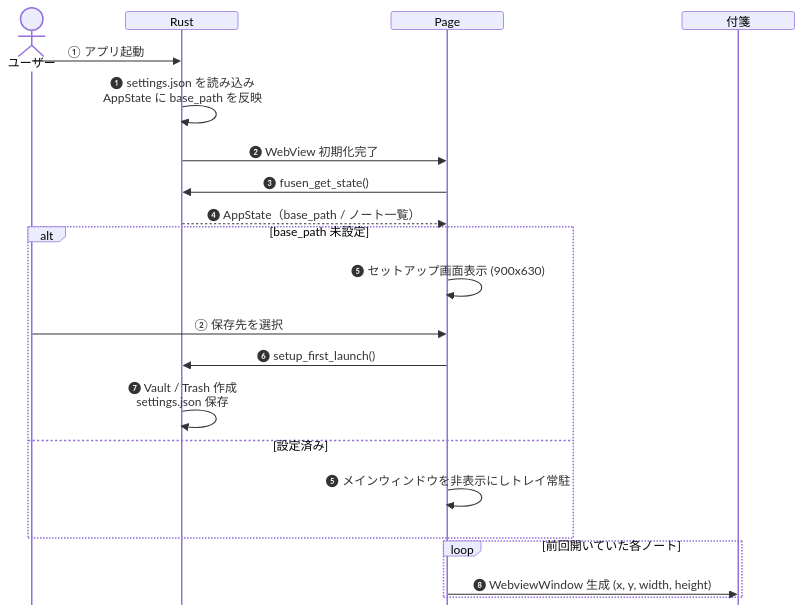
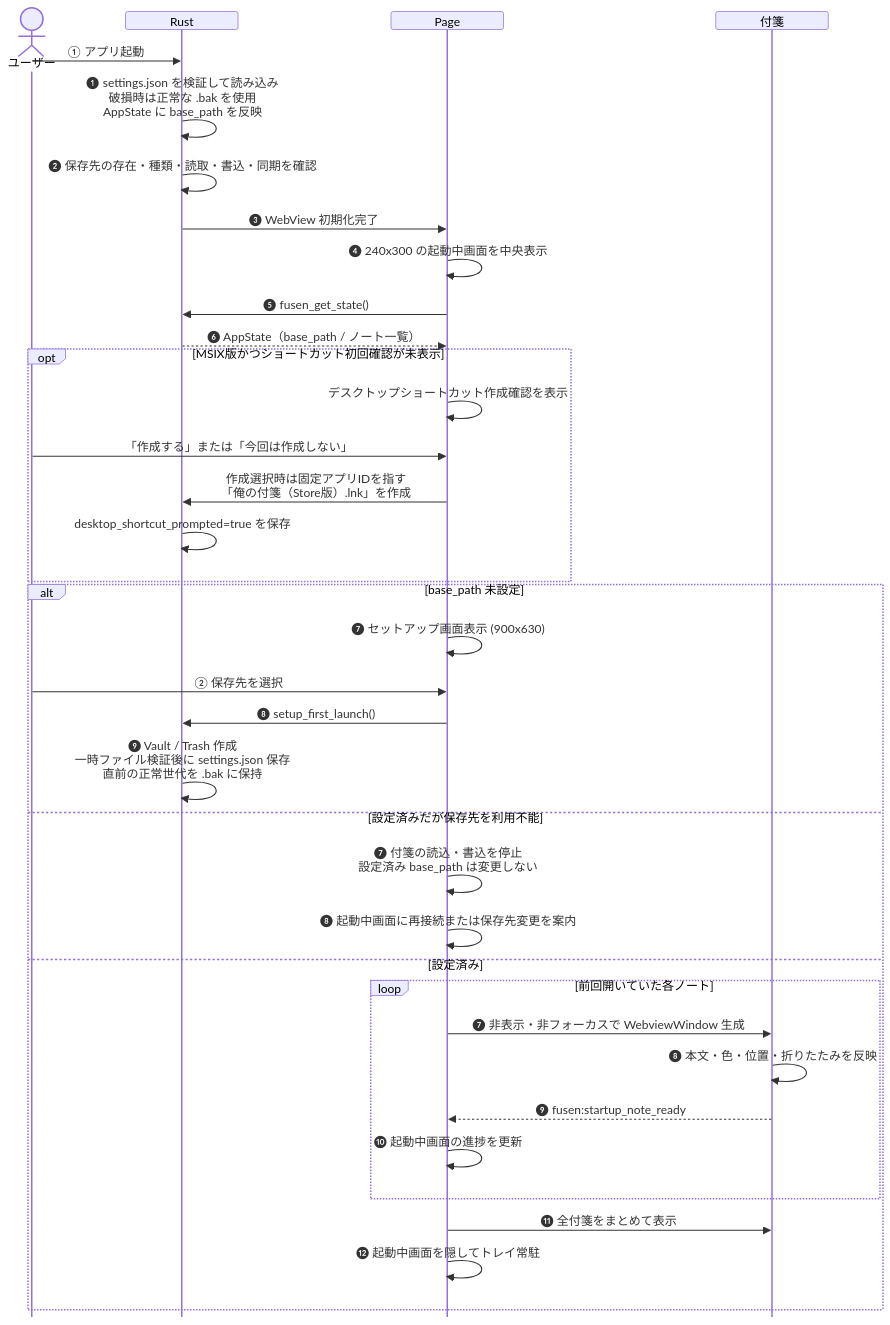
One commit to ore-no-fusen/ore-no-fusen changed the fifth of 16 diagrams in docs-v2/002_PC.md. Above: the diagram before and after it, drawn with Mermaid. The commit also changed other lines of this file and 21 other files, not shown here.

````diff
--- a/docs-v2/002_PC.md
+++ b/docs-v2/002_PC.md
@@ -432,27 +435,42 @@
 ```mermaid
 %%{init: {'sequence': {'messageMargin': 8, 'mirrorActors': false, 'height': 24, 'boxMargin': 4, 'noteMargin': 6}}}%%
 sequenceDiagram
     actor U as ユーザー
     participant R as Rust
     participant P as Page
     participant W as 付箋
 
     U->>R: ① アプリ起動
-    R->>R: ❶ settings.json を読み込み<br>AppState に base_path を反映
-    R->>P: ❷ WebView 初期化完了
-    P->>R: ❸ fusen_get_state()
-    R-->>P: ❹ AppState（base_path / ノート一覧）
+    R->>R: ❶ settings.json を検証して読み込み<br>破損時は正常な .bak を使用<br>AppState に base_path を反映
+    R->>R: ❷ 保存先の存在・種類・読取・書込・同期を確認
+    R->>P: ❸ WebView 初期化完了
+    P->>P: ❹ 240x300 の起動中画面を中央表示
+    P->>R: ❺ fusen_get_state()
+    R-->>P: ❻ AppState（base_path / ノート一覧）
+
+    opt MSIX版かつショートカット初回確認が未表示
+        P->>P: デスクトップショートカット作成確認を表示
+        U->>P: 「作成する」または「今回は作成しない」
+        P->>R: 作成選択時は固定アプリIDを指す<br>「俺の付箋（Store版）.lnk」を作成
+        R->>R: desktop_shortcut_prompted=true を保存
+    end
 
     alt base_path 未設定
-        P->>P: ❺ セットアップ画面表示 (900x630)
+        P->>P: ❼ セットアップ画面表示 (900x630)
         U->>P: ② 保存先を選択
-        P->>R: ❻ setup_first_launch()
-        R->>R: ❼ Vault / Trash 作成<br>settings.json 保存
+        P->>R: ❽ setup_first_launch()
+        R->>R: ❾ Vault / Trash 作成<br>一時ファイル検証後に settings.json 保存<br>直前の正常世代を .bak に保持
+    else 設定済みだが保存先を利用不能
+        P->>P: ❼ 付箋の読込・書込を停止<br>設定済み base_path は変更しない
+        P->>P: ❽ 起動中画面に再接続または保存先変更を案内
     else 設定済み
-        P->>P: ❺ メインウィンドウを非表示にしトレイ常駐
-    end
-
-    loop 前回開いていた各ノート
-        P->>W: ❽ WebviewWindow 生成 (x, y, width, height)
+        loop 前回開いていた各ノート
+            P->>W: ❼ 非表示・非フォーカスで WebviewWindow 生成
+            W->>W: ❽ 本文・色・位置・折りたたみを反映
+            W-->>P: ❾ fusen:startup_note_ready
+            P->>P: ❿ 起動中画面の進捗を更新
+        end
+        P->>W: ⓫ 全付箋をまとめて表示
+        P->>P: ⓬ 起動中画面を隠してトレイ常駐
     end
 ```
````
